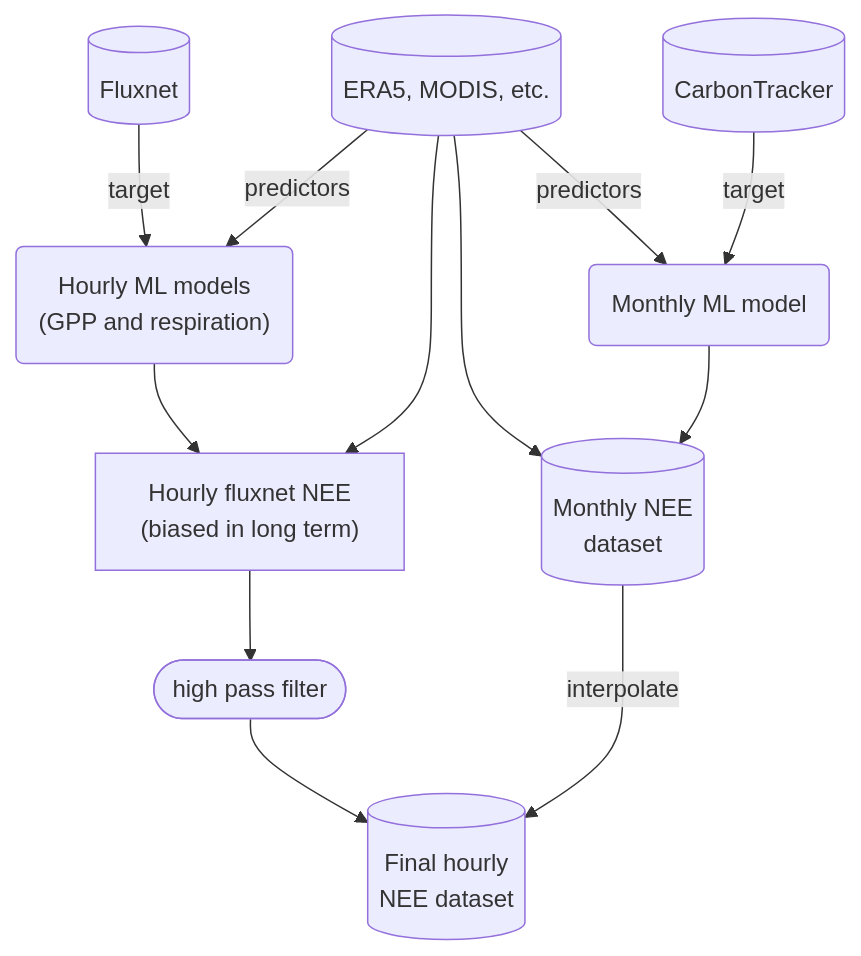
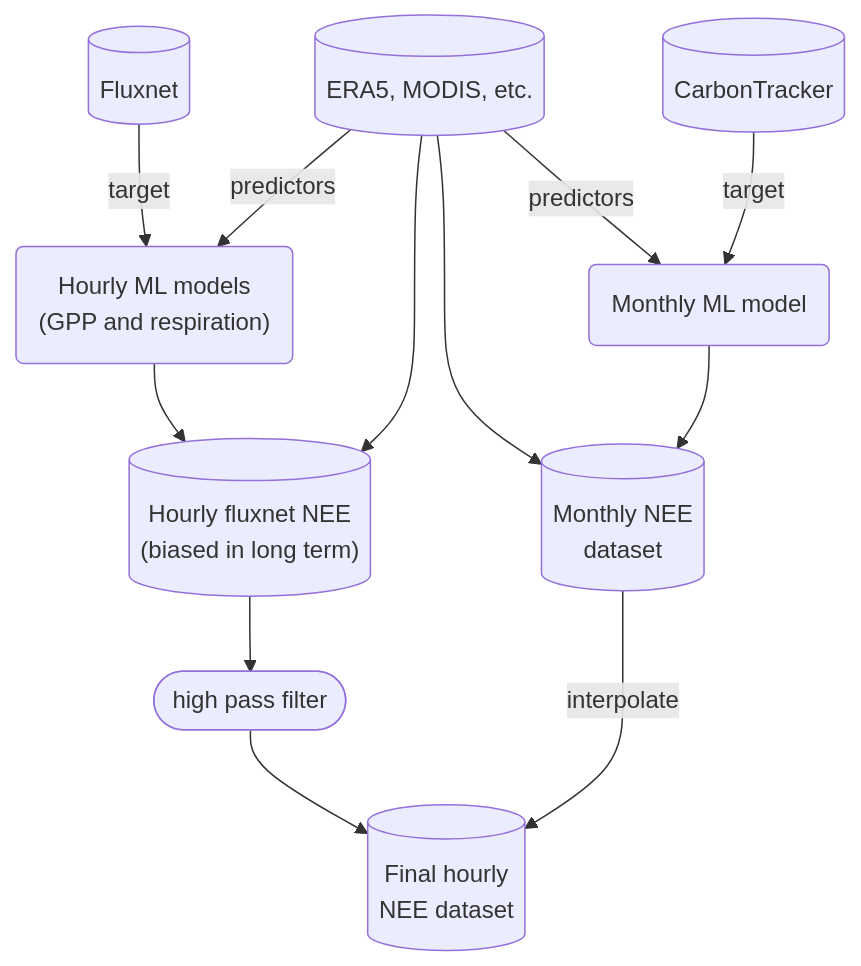
Before and after one commit to EXCITED-CO2/excited-workflow: the diagram in docs/index.md, drawn with Mermaid. The commit also changed 4 other files, not shown here.

````diff
--- a/docs/index.md
+++ b/docs/index.md
@@ -12,23 +12,23 @@
 ```mermaid
 graph TD;
     monthlymodel(Monthly ML model);
     input[(ERA5, MODIS, etc.)];
     fluxnet[(Fluxnet)];
     carbontracker[(CarbonTracker)];
-    hourlydataset["Hourly fluxnet NEE\n(biased in long term)"];
+    hourlydataset[("Hourly fluxnet NEE\n(biased in long term)")];
     hourlymodel("Hourly ML models\n(GPP and respiration)");
     monthlydataset[(Monthly NEE\ndataset)];
     finaldataset[(Final hourly\nNEE dataset)];
 
     fluxnet-->|target| hourlymodel;
     input-->|predictors| hourlymodel;
     input-->|predictors| monthlymodel;
     carbontracker-->|target| monthlymodel;
     hourlymodel-->hourlydataset;
     input-->monthlydataset;
     monthlymodel-->monthlydataset;
     hourlydataset-->hpf([high pass filter]);
     hpf-->finaldataset;
     monthlydataset-->|interpolate| finaldataset;
     input-->hourlydataset;
 ```
````
